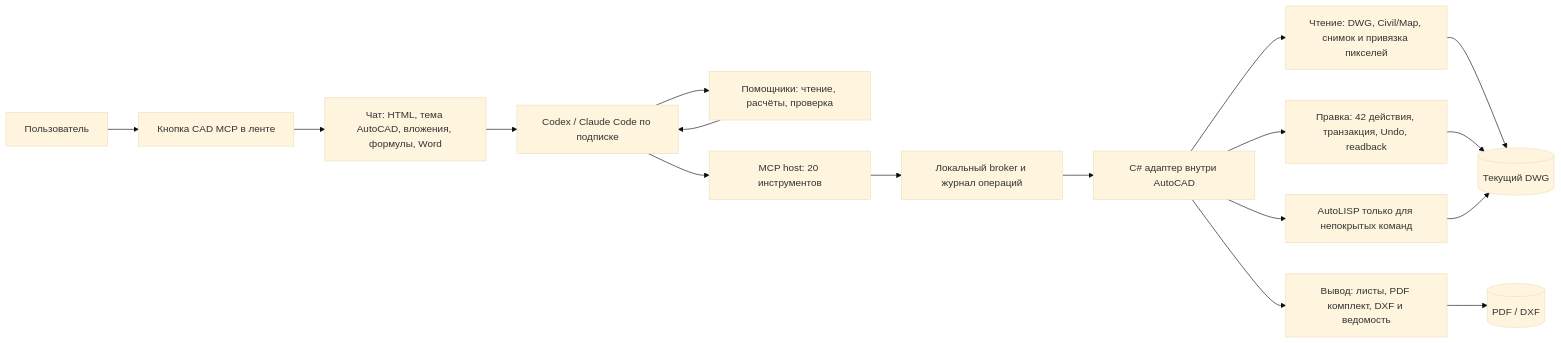
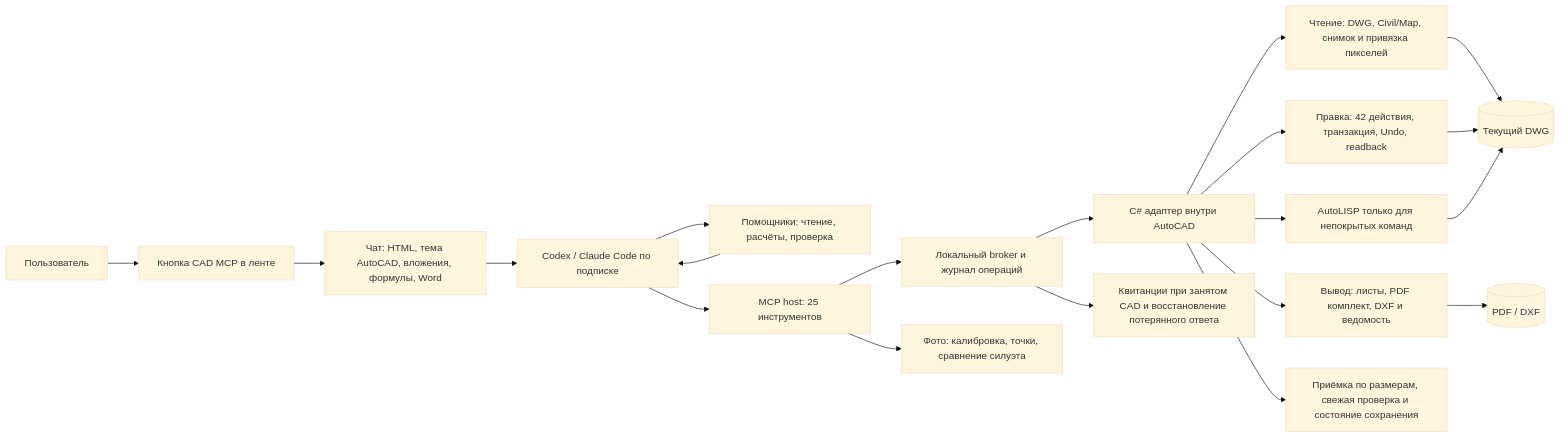
Before and after one commit to debug23win/autocad-mcp: the diagram in docs/capabilities.md, drawn with Mermaid (base theme). The commit also changed other lines of this file and 46 other files, not shown here.

````diff
--- a/docs/capabilities.md
+++ b/docs/capabilities.md
@@ -3,19 +3,22 @@
 ```mermaid
 flowchart LR
     U[Пользователь] --> R[Кнопка CAD MCP в ленте]
     R --> C[Чат: HTML, тема AutoCAD, вложения, формулы, Word]
     C --> P[Codex / Claude Code по подписке]
     P --> H[Помощники: чтение, расчёты, проверка]
     H --> P
-    P --> M[MCP host: 20 инструментов]
+    P --> M[MCP host: 25 инструментов]
     M --> B[Локальный broker и журнал операций]
     B --> A[C# адаптер внутри AutoCAD]
     A --> Q[Чтение: DWG, Civil/Map, снимок и привязка пикселей]
     A --> E[Правка: 42 действия, транзакция, Undo, readback]
     A --> X[Вывод: листы, PDF комплект, DXF и ведомость]
     A --> F[AutoLISP только для непокрытых команд]
+    M --> V[Фото: калибровка, точки, сравнение силуэта]
+    A --> K[Приёмка по размерам, свежая проверка и состояние сохранения]
+    B --> J[Квитанции при занятом CAD и восстановление потерянного ответа]
     Q --> D[(Текущий DWG)]
     E --> D
     X --> O[(PDF / DXF)]
     F --> D
 ```
````
